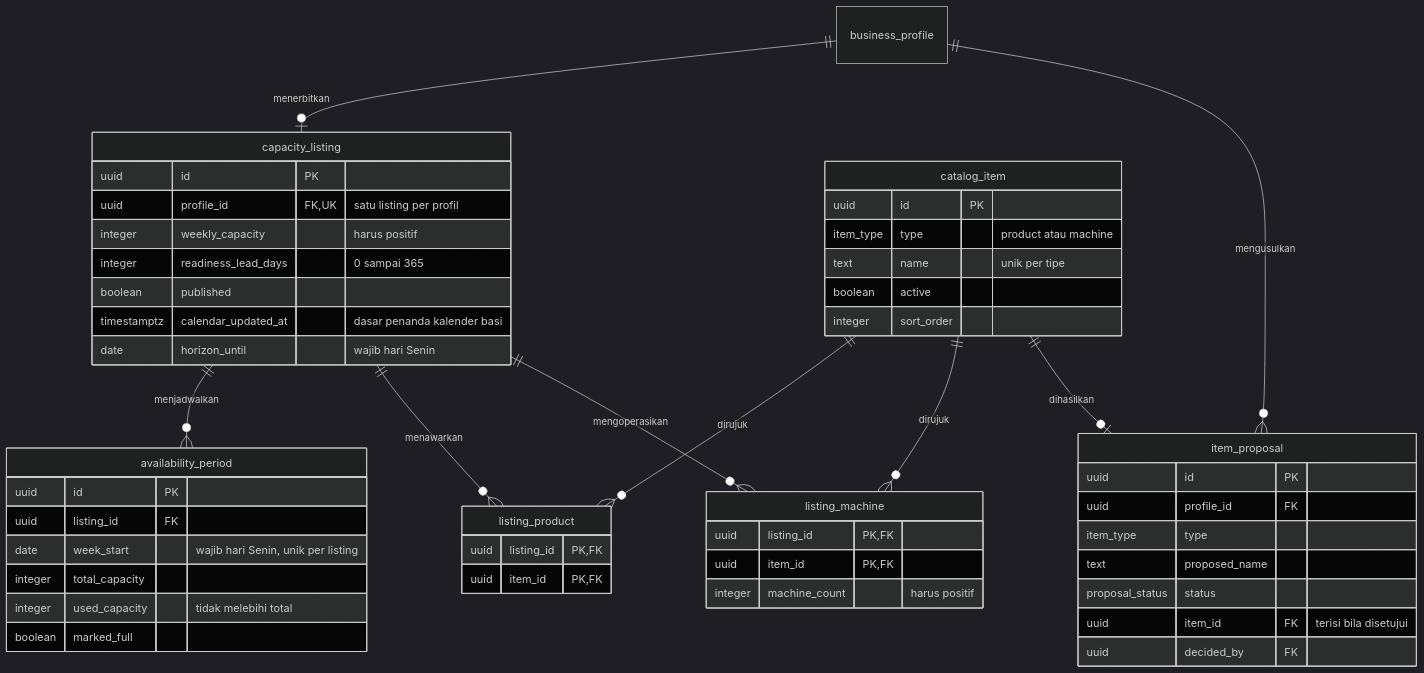
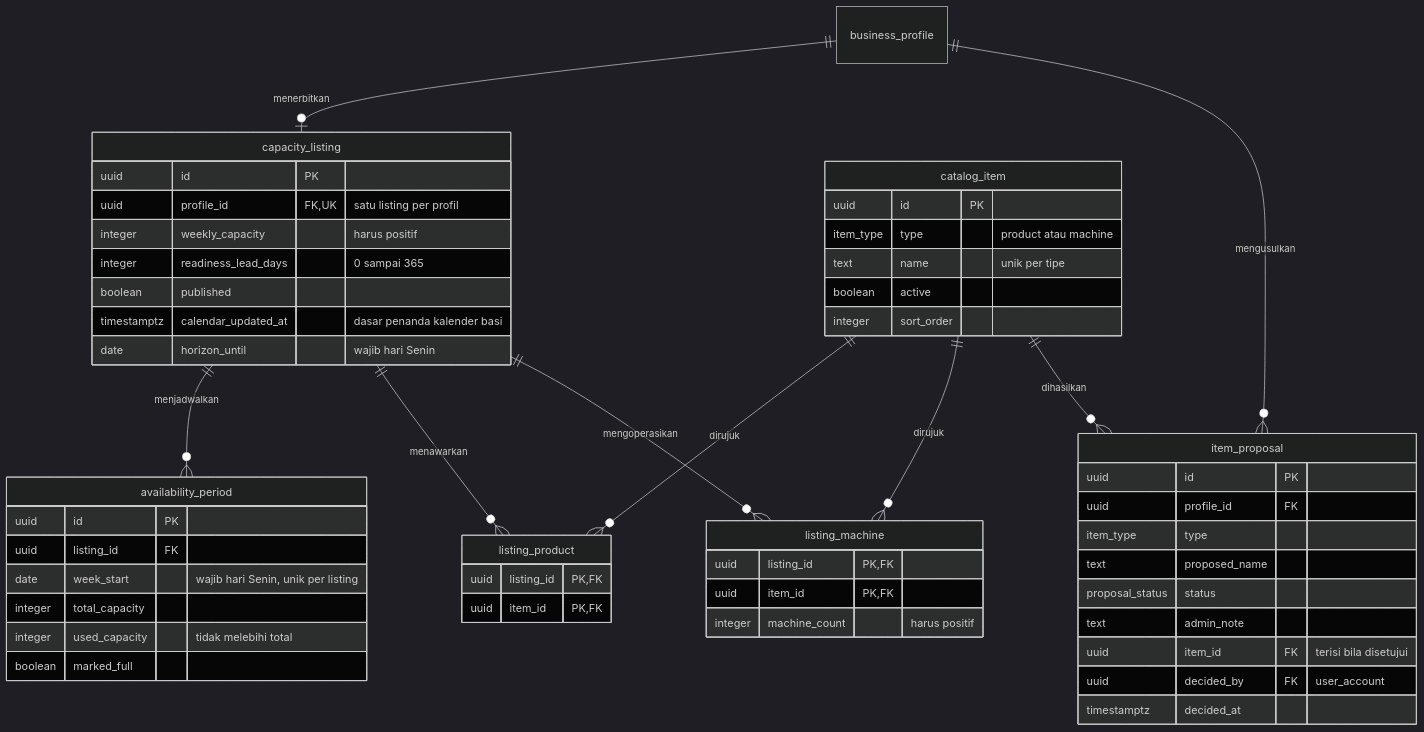
Before and after one commit to fzrilsh/devotion: the third of 5 diagrams in README.md, drawn with Mermaid (dark theme). The commit also changed other lines of this file, not shown here.

````diff
--- a/README.md
+++ b/README.md
@@ -359,54 +369,56 @@
 ```mermaid
 erDiagram
     business_profile ||--o| capacity_listing : "menerbitkan"
     business_profile ||--o{ item_proposal : "mengusulkan"
     capacity_listing ||--o{ availability_period : "menjadwalkan"
     capacity_listing ||--o{ listing_product : "menawarkan"
     capacity_listing ||--o{ listing_machine : "mengoperasikan"
     catalog_item ||--o{ listing_product : "dirujuk"
     catalog_item ||--o{ listing_machine : "dirujuk"
-    catalog_item ||--o| item_proposal : "dihasilkan"
+    catalog_item ||--o{ item_proposal : "dihasilkan"
 
     catalog_item {
         uuid id PK
         item_type type "product atau machine"
         text name "unik per tipe"
         boolean active
         integer sort_order
     }
     item_proposal {
         uuid id PK
         uuid profile_id FK
         item_type type
         text proposed_name
         proposal_status status
+        text admin_note
         uuid item_id FK "terisi bila disetujui"
-        uuid decided_by FK
+        uuid decided_by FK "user_account"
+        timestamptz decided_at
     }
     capacity_listing {
         uuid id PK
         uuid profile_id FK,UK "satu listing per profil"
         integer weekly_capacity "harus positif"
         integer readiness_lead_days "0 sampai 365"
         boolean published
         timestamptz calendar_updated_at "dasar penanda kalender basi"
         date horizon_until "wajib hari Senin"
     }
     availability_period {
         uuid id PK
         uuid listing_id FK
         date week_start "wajib hari Senin, unik per listing"
         integer total_capacity
         integer used_capacity "tidak melebihi total"
         boolean marked_full
     }
     listing_product {
         uuid listing_id PK,FK
         uuid item_id PK,FK
     }
     listing_machine {
         uuid listing_id PK,FK
         uuid item_id PK,FK
         integer machine_count "harus positif"
     }
 ```
````
